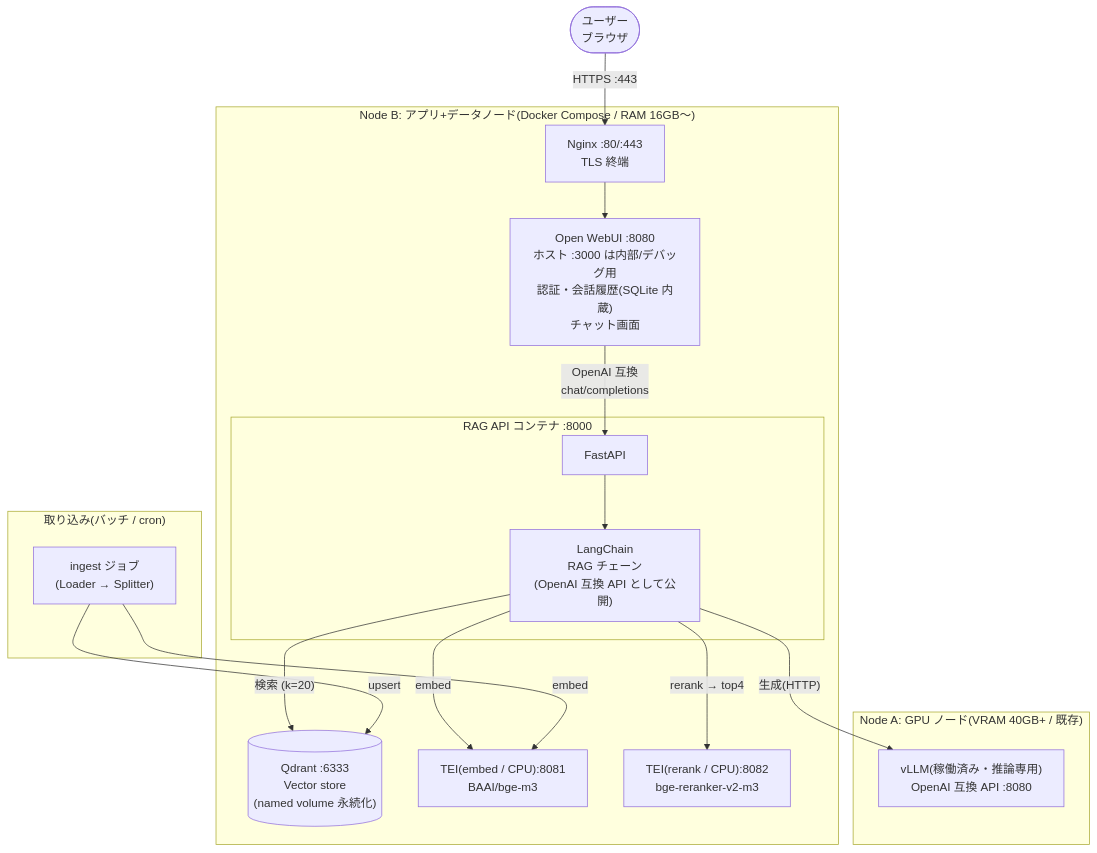
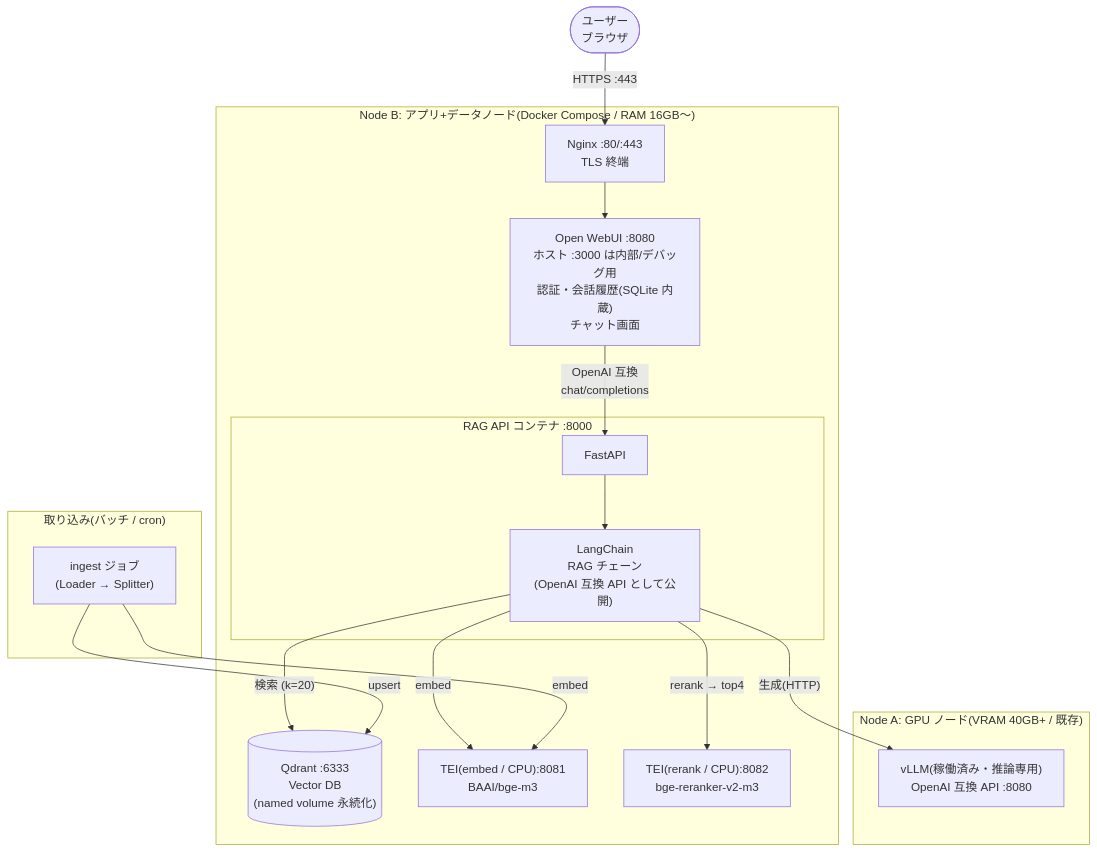
One commit to irimura/rag-system changed the diagram in docs/plan2-standard.md. Above: the diagram before and after it, drawn with Mermaid. The commit also changed other lines of this file and 10 other files, not shown here.

````diff
--- a/docs/plan2-standard.md
+++ b/docs/plan2-standard.md
@@ -11,38 +11,38 @@
 ```mermaid
 flowchart TB
     U(["ユーザー<br/>ブラウザ"])
 
     subgraph nodeB["Node B: アプリ+データノード(Docker Compose / RAM 16GB〜)"]
         NGINX["Nginx :80/:443<br/>TLS 終端"]
         OWUI["Open WebUI :8080<br/>ホスト :3000 は内部/デバッグ用<br/>認証・会話履歴(SQLite 内蔵)<br/>チャット画面"]
 
         subgraph ragapi["RAG API コンテナ :8000"]
             API["FastAPI"]
             LC["LangChain<br/>RAG チェーン<br/>(OpenAI 互換 API として公開)"]
             API --> LC
         end
 
-        QD[("Qdrant :6333<br/>Vector store<br/>(named volume 永続化)")]
+        QD[("Qdrant :6333<br/>Vector DB<br/>(named volume 永続化)")]
         TEI_E["TEI(embed / CPU):8081<br/>BAAI/bge-m3"]
         TEI_R["TEI(rerank / CPU):8082<br/>bge-reranker-v2-m3"]
 
         NGINX --> OWUI
         OWUI -->|"OpenAI 互換<br/>chat/completions"| API
         LC -->|"embed"| TEI_E
         LC -->|"検索 (k=20)"| QD
         LC -->|"rerank → top4"| TEI_R
     end
 
     subgraph nodeA["Node A: GPU ノード(VRAM 40GB+ / 既存)"]
         VLLM["vLLM(稼働済み・推論専用)<br/>OpenAI 互換 API :8080"]
     end
 
     LC -->|"生成(HTTP)"| VLLM
     U -->|"HTTPS :443"| NGINX
 
     subgraph ingestflow["取り込み(バッチ / cron)"]
         ING["ingest ジョブ<br/>(Loader → Splitter)"]
     end
     ING -->|"embed"| TEI_E
     ING -->|"upsert"| QD
 ```
````
